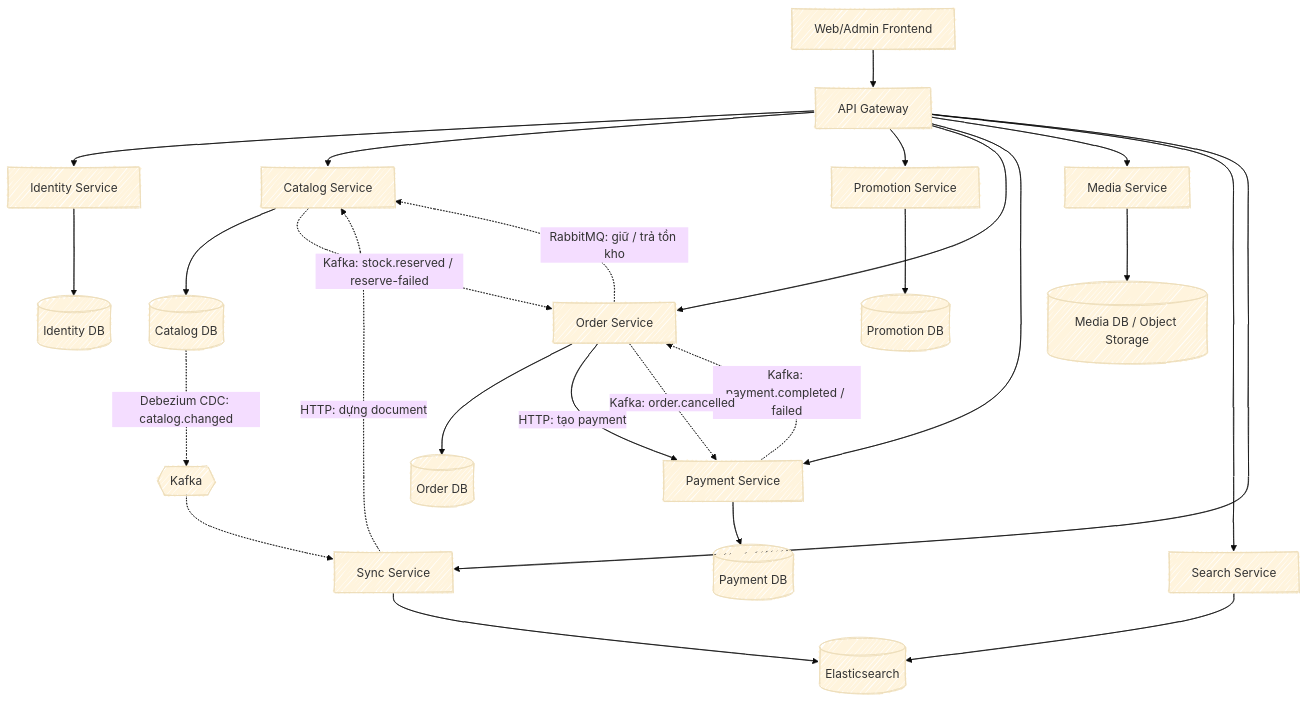
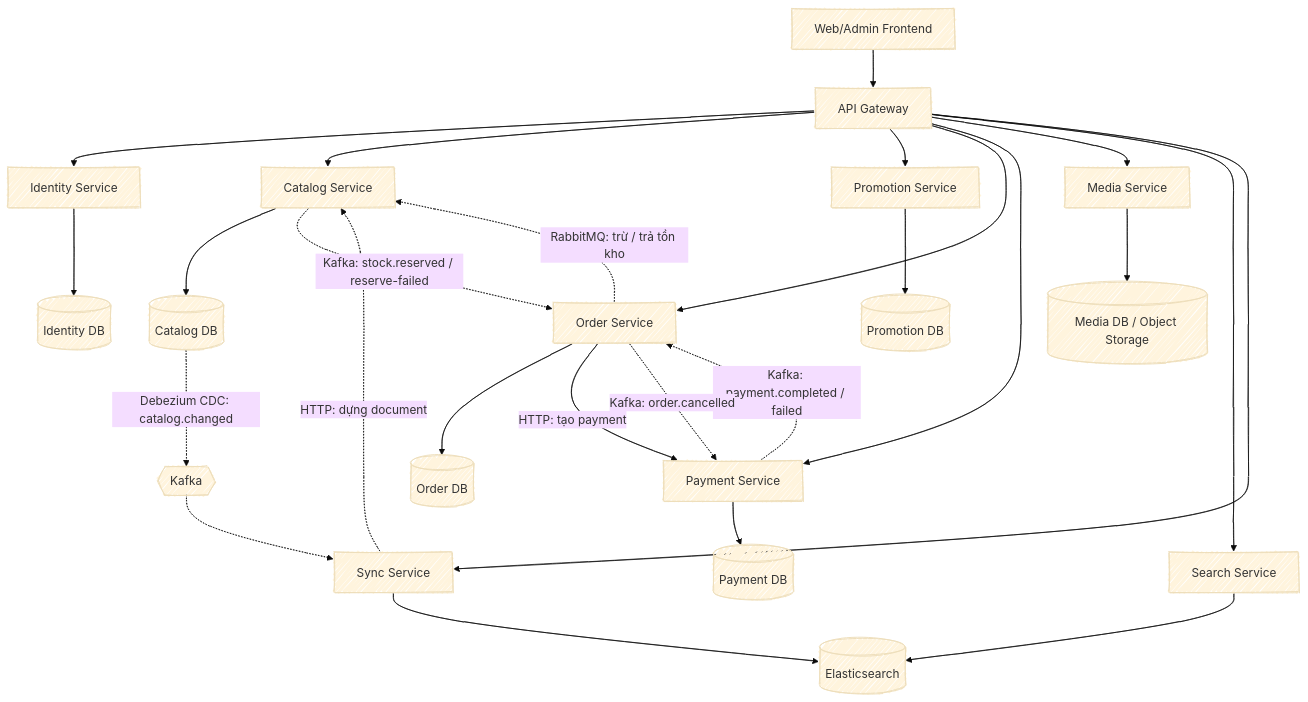
One commit to pc-shopping-assistant-org/docs changed the diagram in 02-architecture/system-architecture.md. Above: the diagram before and after it, drawn with Mermaid. The commit also changed 1 other file, not shown here.

Commit message:
docs(architecture): update service communication details for order cancellation and inventory management

````diff
--- a/02-architecture/system-architecture.md
+++ b/02-architecture/system-architecture.md
@@ -3,36 +3,36 @@
 ```mermaid
 %%{init: {'theme': 'base', 'look': 'handDrawn'}}%%
 graph TD
     Client["Web/Admin Frontend"] --> GW["API Gateway"]
 
     GW --> IS["Identity Service"]
     GW --> CatS["Catalog Service"]
     GW --> PrS["Promotion Service"]
     GW --> OS["Order Service"]
     GW --> Pay["Payment Service"]
     GW --> MS["Media Service"]
     GW --> SS["Search Service"]
     GW --> Sync["Sync Service"]
 
     %% Database-per-Microservice
     IS --> DB_Id[("Identity DB")]
     CatS --> DB_Cat[("Catalog DB")]
     PrS --> DB_Pr[("Promotion DB")]
     OS --> DB_Order[("Order DB")]
     Pay --> DB_Pay[("Payment DB")]
     MS --> DB_Media[("Media DB / Object Storage")]
     SS --> ES[("Elasticsearch")]
     Sync --> ES
 
     %% Async Data Flows - CDC to Search
     DB_Cat -.->|Debezium CDC: catalog.changed| Kafka{{"Kafka"}}
     Kafka -.-> Sync
     Sync -.->|HTTP: dựng document| CatS
 
     %% Checkout Saga (Order Service điều phối)
-    OS -.->|RabbitMQ: giữ / trả tồn kho| CatS
+    OS -.->|RabbitMQ: trừ / trả tồn kho| CatS
     CatS -.->|Kafka: stock.reserved / reserve-failed| OS
     OS -->|HTTP: tạo payment| Pay
     Pay -.->|Kafka: payment.completed / failed| OS
     OS -.->|Kafka: order.cancelled| Pay
 ```
````
